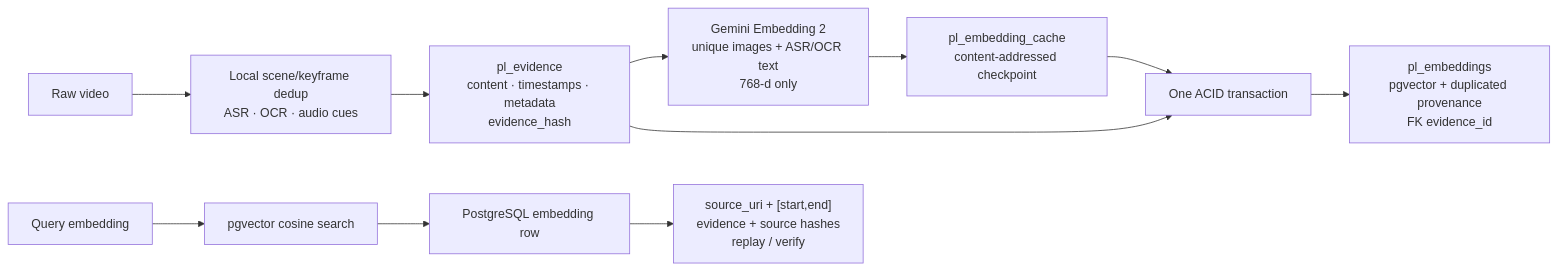
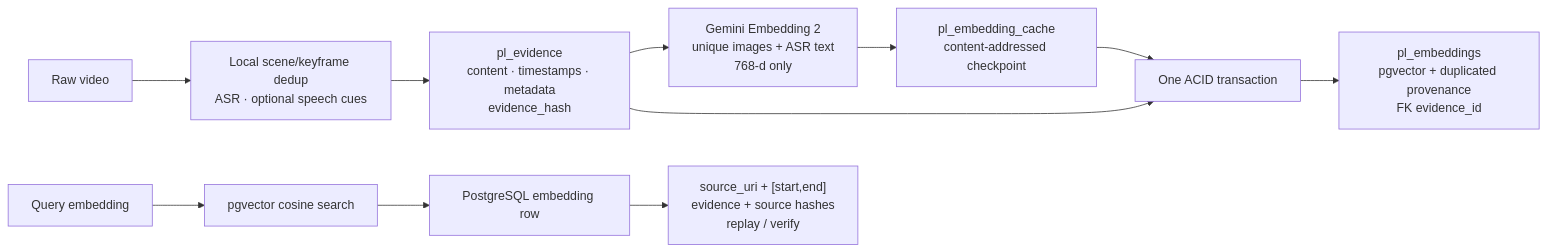
The second of 2 diagrams in README.md (giaphoang/PatrolLens), drawn with Mermaid before and after one commit. The commit also changed other lines of this file and 20 other files, not shown here.

````diff
--- a/README.md
+++ b/README.md
@@ -168,13 +198,13 @@
 ```mermaid
 flowchart LR
-    RAW["Raw video"] --> LOCAL["Local scene/keyframe dedup\nASR · OCR · audio cues"]
+    RAW["Raw video"] --> LOCAL["Local scene/keyframe dedup\nASR · optional speech cues"]
     LOCAL --> E["pl_evidence\ncontent · timestamps · metadata\nevidence_hash"]
-    E --> GE["Gemini Embedding 2\nunique images + ASR/OCR text\n768-d only"]
+    E --> GE["Gemini Embedding 2\nunique images + ASR text\n768-d only"]
     GE --> CACHE["pl_embedding_cache\ncontent-addressed checkpoint"]
     E --> TX["One ACID transaction"]
     CACHE --> TX
     TX --> V["pl_embeddings\npgvector + duplicated provenance\nFK evidence_id"]
     Q["Query embedding"] --> PG["pgvector cosine search"]
     PG --> ROW["PostgreSQL embedding row"]
     ROW --> REPLAY["source_uri + [start,end]\nevidence + source hashes\nreplay / verify"]
 ```
````
